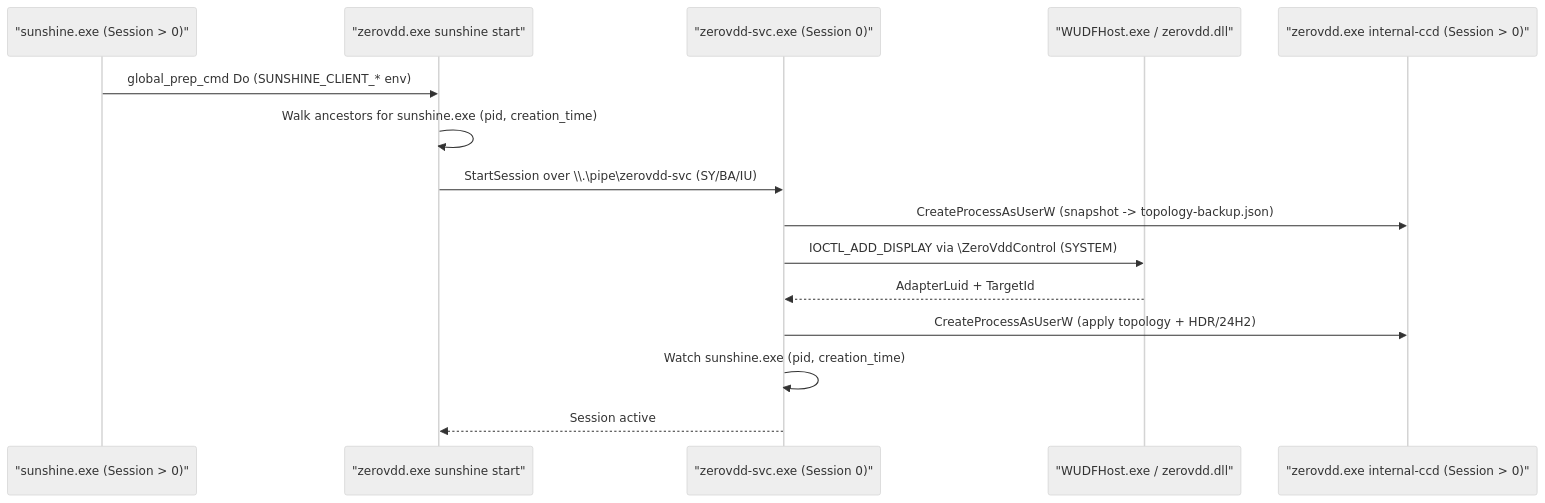
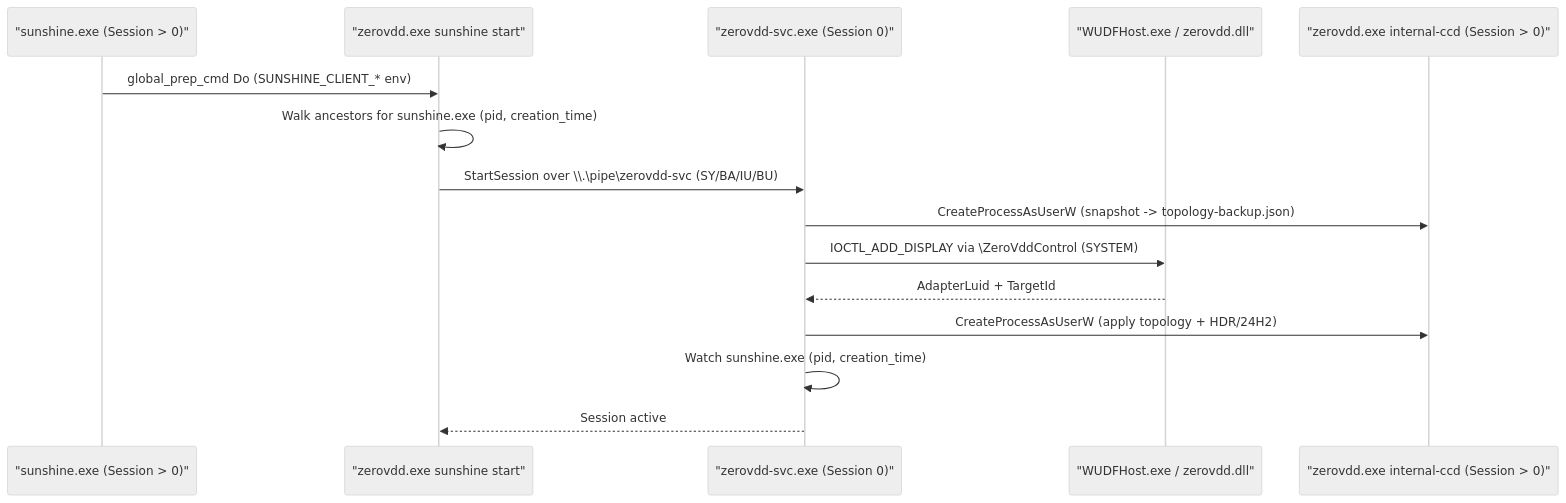
The diagram in docs/src/content/docs/architecture/session-zero-trampoline.md (zerovdd/zerovdd), drawn with Mermaid (neutral theme) before and after one commit. The commit also changed other lines of this file and 6 other files, not shown here.

````diff
--- a/docs/src/content/docs/architecture/session-zero-trampoline.md
+++ b/docs/src/content/docs/architecture/session-zero-trampoline.md
@@ -10,18 +10,18 @@
 ```mermaid
 sequenceDiagram
     participant Sunshine as "sunshine.exe (Session > 0)"
     participant CLI as "zerovdd.exe sunshine start"
     participant Svc as "zerovdd-svc.exe (Session 0)"
     participant Drv as "WUDFHost.exe / zerovdd.dll"
     participant Tramp as "zerovdd.exe internal-ccd (Session > 0)"
 
     Sunshine->>CLI: global_prep_cmd Do (SUNSHINE_CLIENT_* env)
     CLI->>CLI: Walk ancestors for sunshine.exe (pid, creation_time)
-    CLI->>Svc: StartSession over \\.\pipe\zerovdd-svc (SY/BA/IU)
+    CLI->>Svc: StartSession over \\.\pipe\zerovdd-svc (SY/BA/IU/BU)
     Svc->>Tramp: CreateProcessAsUserW (snapshot -> topology-backup.json)
     Svc->>Drv: IOCTL_ADD_DISPLAY via \ZeroVddControl (SYSTEM)
     Drv-->>Svc: AdapterLuid + TargetId
     Svc->>Tramp: CreateProcessAsUserW (apply topology + HDR/24H2)
     Svc->>Svc: Watch sunshine.exe (pid, creation_time)
     Svc-->>CLI: Session active
 ```
````
